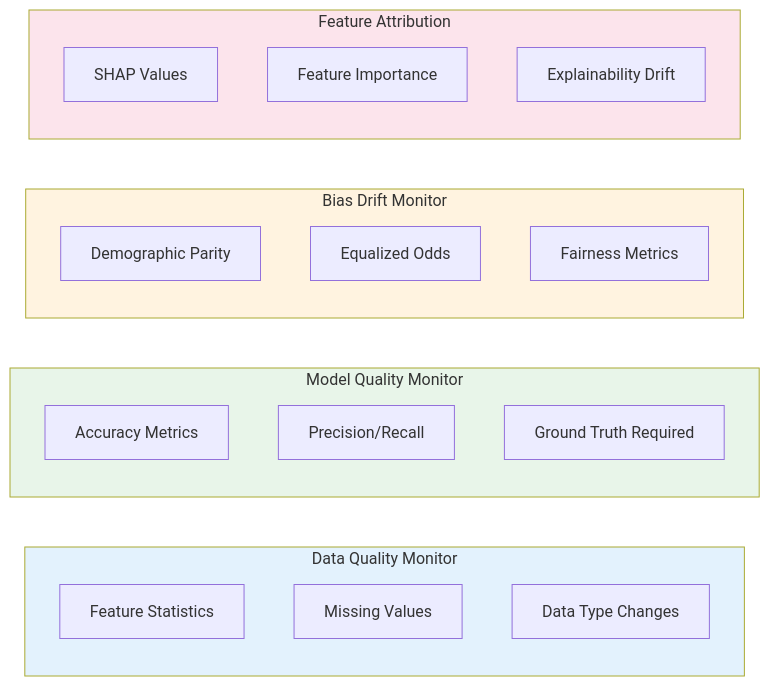
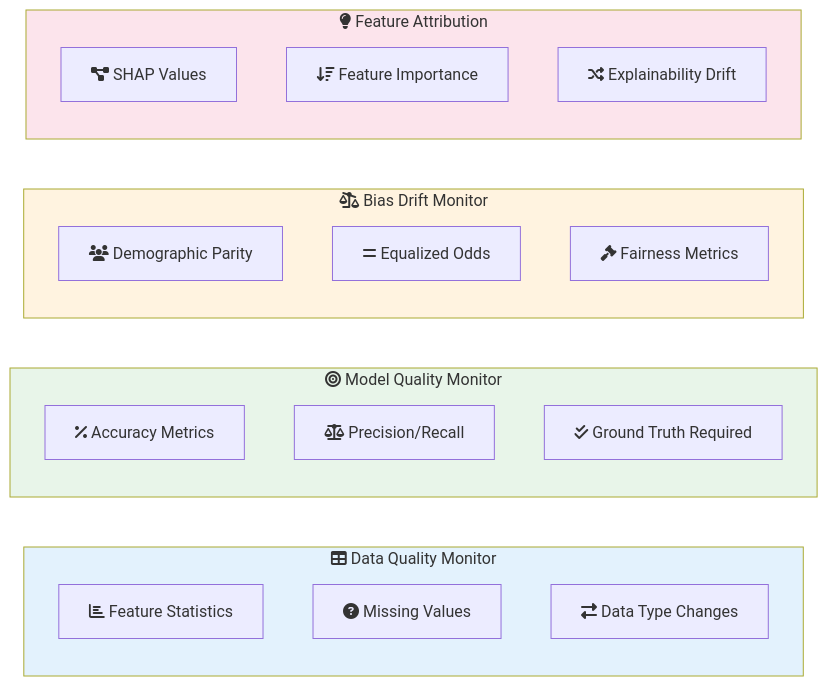
One commit to vinu76jsr/aws-sample-projects changed the second of 3 diagrams in aws-ml-associate-prep/07-model-monitor/LAB.md. Above: the diagram before and after it, drawn with Mermaid. The commit also changed other lines of this file and 15 other files, not shown here.

First line of the commit message:
Add Font Awesome icons to all Mermaid diagrams

````diff
--- a/aws-ml-associate-prep/07-model-monitor/LAB.md
+++ b/aws-ml-associate-prep/07-model-monitor/LAB.md
@@ -61,31 +61,31 @@
 ```mermaid
 flowchart LR
-    subgraph DataQuality["Data Quality Monitor"]
-        DQ1[Feature Statistics]
-        DQ2[Missing Values]
-        DQ3[Data Type Changes]
+    subgraph DataQuality["fa:fa-table Data Quality Monitor"]
+        DQ1[fa:fa-chart-bar Feature Statistics]
+        DQ2[fa:fa-question-circle Missing Values]
+        DQ3[fa:fa-exchange-alt Data Type Changes]
     end
 
-    subgraph ModelQuality["Model Quality Monitor"]
-        MQ1[Accuracy Metrics]
-        MQ2[Precision/Recall]
-        MQ3[Ground Truth Required]
+    subgraph ModelQuality["fa:fa-bullseye Model Quality Monitor"]
+        MQ1[fa:fa-percentage Accuracy Metrics]
+        MQ2[fa:fa-balance-scale Precision/Recall]
+        MQ3[fa:fa-check-double Ground Truth Required]
     end
 
-    subgraph BiasDrift["Bias Drift Monitor"]
-        BD1[Demographic Parity]
-        BD2[Equalized Odds]
-        BD3[Fairness Metrics]
+    subgraph BiasDrift["fa:fa-balance-scale-right Bias Drift Monitor"]
+        BD1[fa:fa-users Demographic Parity]
+        BD2[fa:fa-equals Equalized Odds]
+        BD3[fa:fa-gavel Fairness Metrics]
     end
 
-    subgraph FeatureAttribution["Feature Attribution"]
-        FA1[SHAP Values]
-        FA2[Feature Importance]
-        FA3[Explainability Drift]
+    subgraph FeatureAttribution["fa:fa-lightbulb Feature Attribution"]
+        FA1[fa:fa-project-diagram SHAP Values]
+        FA2[fa:fa-sort-amount-down Feature Importance]
+        FA3[fa:fa-random Explainability Drift]
     end
 
     style DataQuality fill:#e3f2fd
     style ModelQuality fill:#e8f5e9
     style BiasDrift fill:#fff3e0
     style FeatureAttribution fill:#fce4ec
 ```
````
